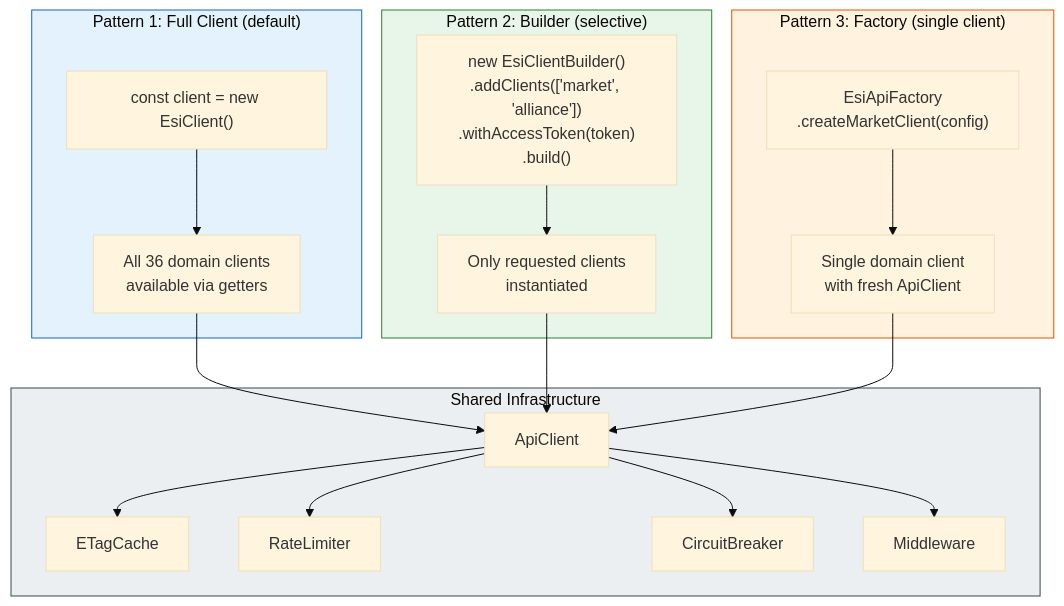
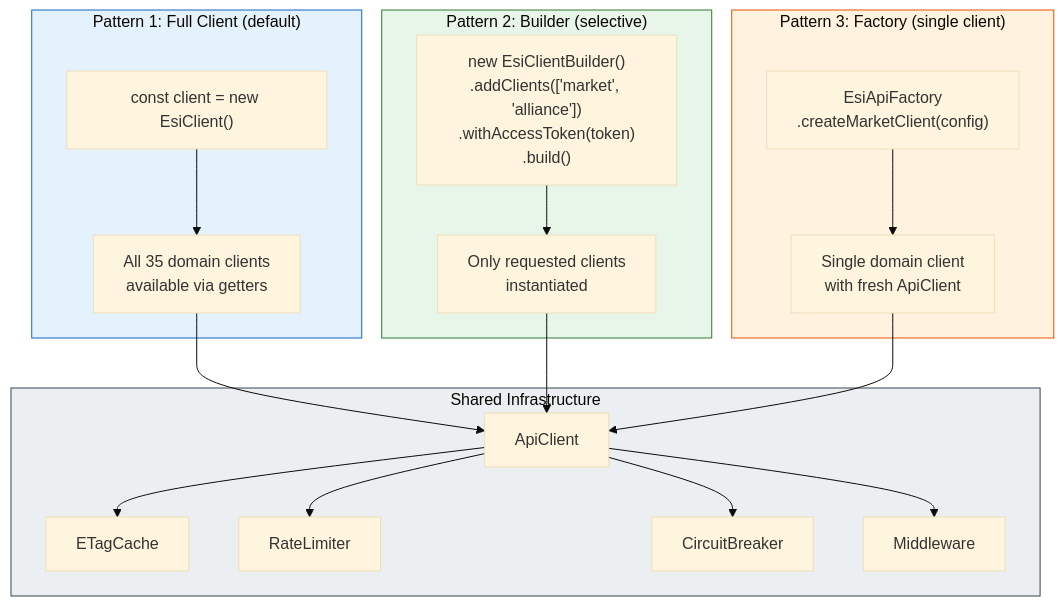
The sixth of 9 diagrams in docs/architecture.md (lgriffin/ESI.ts), drawn with Mermaid (base theme) before and after one commit. The commit also changed other lines of this file and 1 other file, not shown here.

First line of the commit message:
Fix client count in architecture docs and changelog

````diff
--- a/docs/architecture.md
+++ b/docs/architecture.md
@@ -345,42 +345,42 @@
 ```mermaid
 graph TB
     subgraph Pattern1["Pattern 1: Full Client (default)"]
         P1Code["const client = new EsiClient()"]
-        P1Result["All 36 domain clients<br/>available via getters"]
+        P1Result["All 35 domain clients<br/>available via getters"]
         P1Code --> P1Result
     end
 
     subgraph Pattern2["Pattern 2: Builder (selective)"]
         P2Code["new EsiClientBuilder()<br/>.addClients(['market', 'alliance'])<br/>.withAccessToken(token)<br/>.build()"]
         P2Result["Only requested clients<br/>instantiated"]
         P2Code --> P2Result
     end
 
     subgraph Pattern3["Pattern 3: Factory (single client)"]
         P3Code["EsiApiFactory<br/>.createMarketClient(config)"]
         P3Result["Single domain client<br/>with fresh ApiClient"]
         P3Code --> P3Result
     end
 
     subgraph Shared["Shared Infrastructure"]
         ApiClient["ApiClient"]
         Cache["ETagCache"]
         RL["RateLimiter"]
         CB["CircuitBreaker"]
         MW["Middleware"]
     end
 
     P1Result --> ApiClient
     P2Result --> ApiClient
     P3Result --> ApiClient
 
     ApiClient --> Cache
     ApiClient --> RL
     ApiClient --> CB
     ApiClient --> MW
 
     style Pattern1 fill:#e3f2fd,stroke:#1565c0
     style Pattern2 fill:#e8f5e9,stroke:#2e7d32
     style Pattern3 fill:#fff3e0,stroke:#e65100
     style Shared fill:#eceff1,stroke:#37474f
 ```
````
